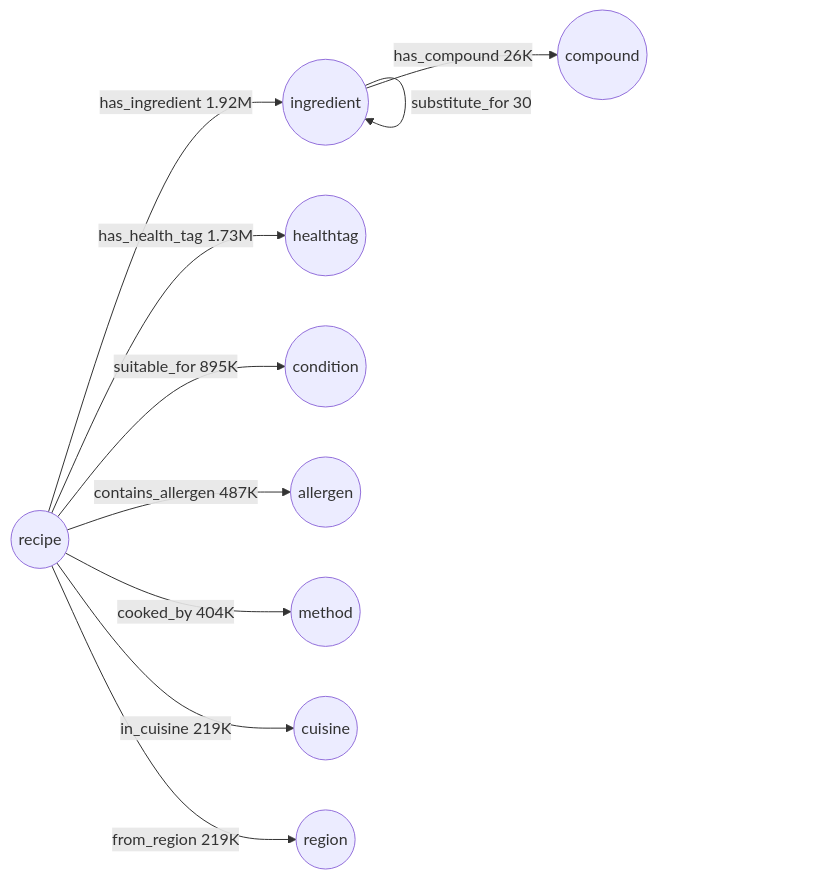
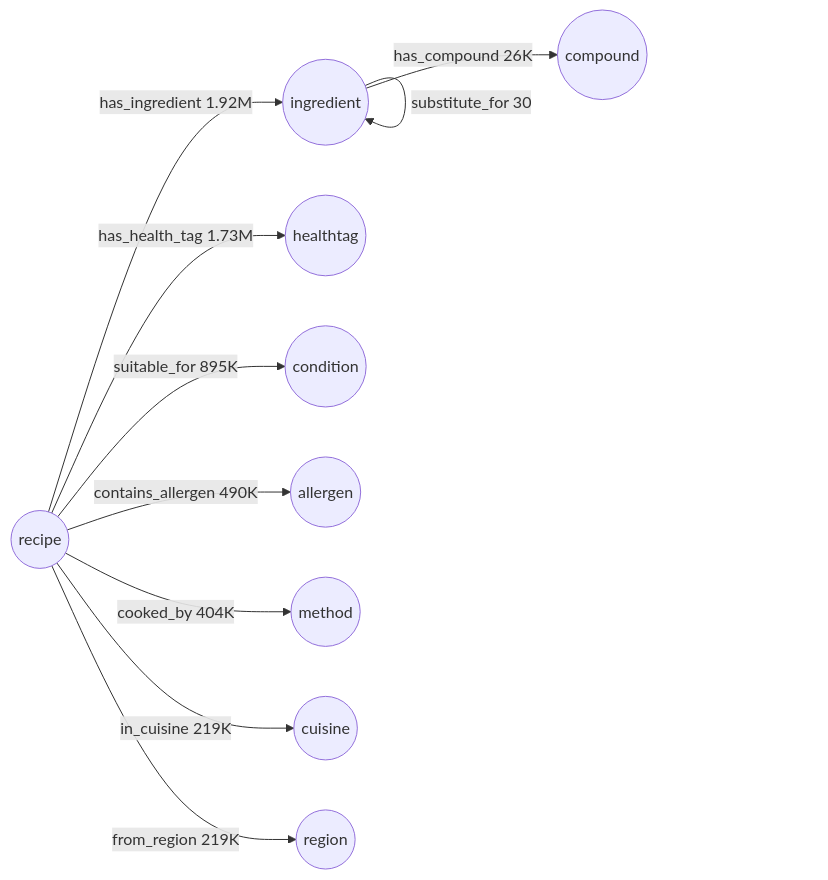
Before and after one commit to Poshaka-Research-Lab/IndicRecipeNutri-dataset: the second of 2 diagrams in README.md, drawn with Mermaid. The commit also changed other lines of this file and 42 other files, not shown here.

````diff
--- a/README.md
+++ b/README.md
@@ -323,13 +323,13 @@
 ```mermaid
 graph LR
     R((recipe)) -->|has_ingredient 1.92M| I((ingredient))
     R -->|has_health_tag 1.73M| H((healthtag))
     R -->|suitable_for 895K| D((condition))
-    R -->|contains_allergen 487K| A((allergen))
+    R -->|contains_allergen 490K| A((allergen))
     R -->|cooked_by 404K| M((method))
     R -->|in_cuisine 219K| C((cuisine))
     R -->|from_region 219K| G((region))
     I -->|has_compound 26K| P((compound))
     I -->|pairs_with 3.3K| I
     I -->|substitute_for 30| I
 ```
````
